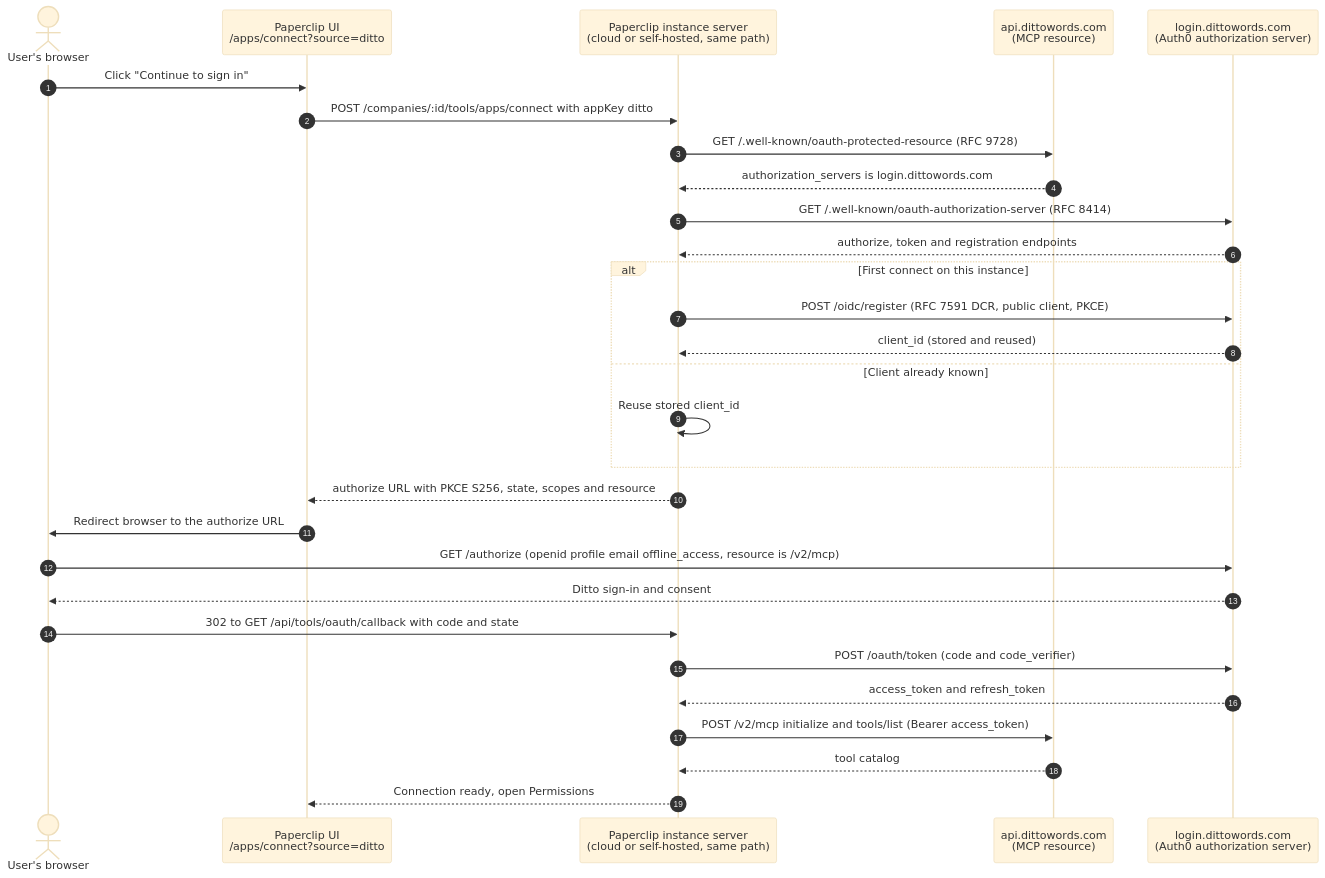
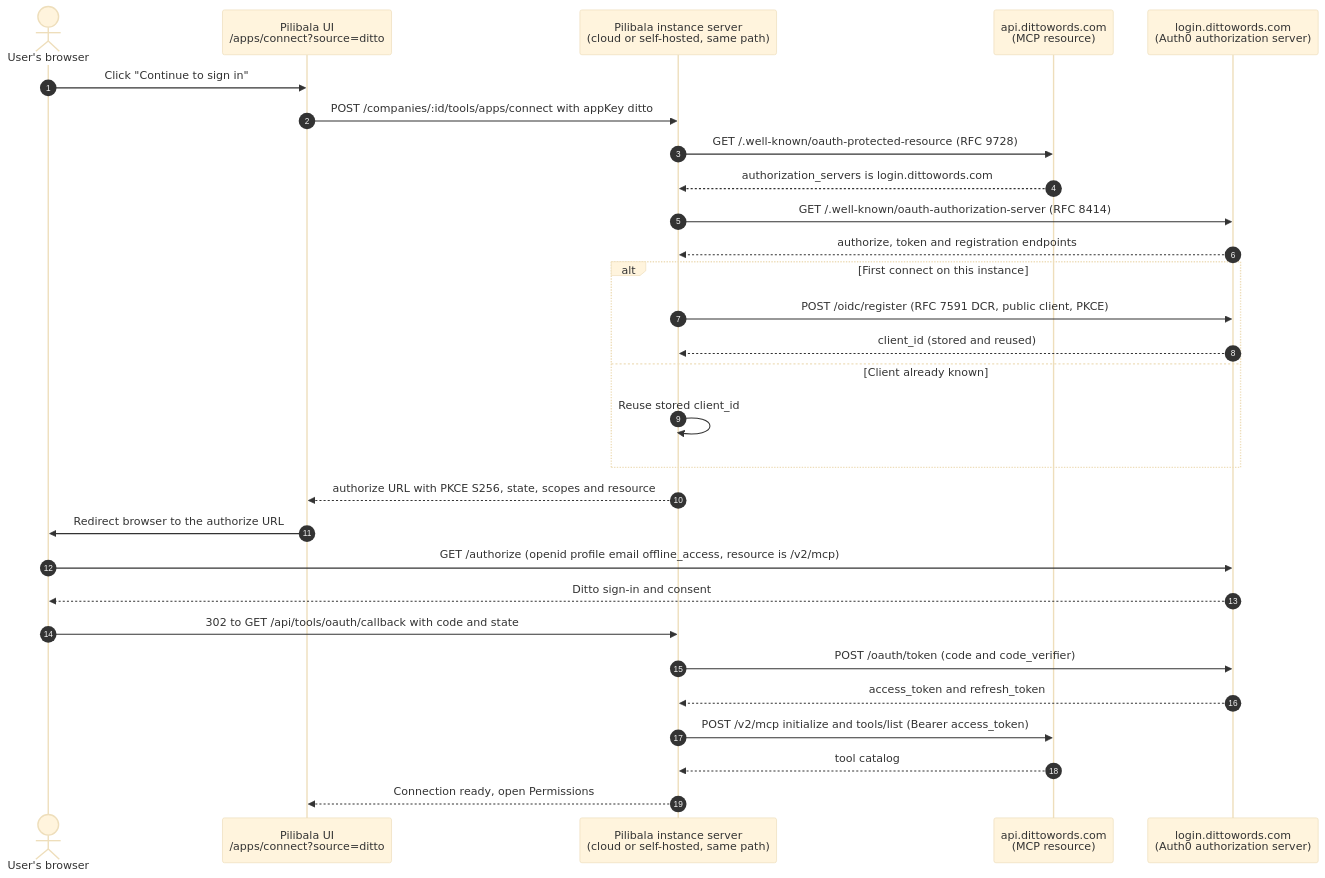
One commit to Nibilu/paperclip changed the diagram in doc/connections/DITTO.md. Above: the diagram before and after it, drawn with Mermaid (base theme). The commit also changed other lines of this file and 11568 other files, not shown here.

First line of the commit message:
chore(rebrand): replay deterministic paperclip->pilibala rebrand onto upstream merge

````diff
--- a/doc/connections/DITTO.md
+++ b/doc/connections/DITTO.md
@@ -58,32 +58,32 @@
 ```mermaid
 sequenceDiagram
     autonumber
     actor U as User's browser
-    participant UI as Paperclip UI<br/>/apps/connect?source=ditto
-    participant S as Paperclip instance server<br/>(cloud or self-hosted, same path)
+    participant UI as Pilibala UI<br/>/apps/connect?source=ditto
+    participant S as Pilibala instance server<br/>(cloud or self-hosted, same path)
     participant M as api.dittowords.com<br/>(MCP resource)
     participant A as login.dittowords.com<br/>(Auth0 authorization server)
 
     U->>UI: Click "Continue to sign in"
     UI->>S: POST /companies/:id/tools/apps/connect with appKey ditto
     S->>M: GET /.well-known/oauth-protected-resource (RFC 9728)
     M-->>S: authorization_servers is login.dittowords.com
     S->>A: GET /.well-known/oauth-authorization-server (RFC 8414)
     A-->>S: authorize, token and registration endpoints
     alt First connect on this instance
         S->>A: POST /oidc/register (RFC 7591 DCR, public client, PKCE)
         A-->>S: client_id (stored and reused)
     else Client already known
         S->>S: Reuse stored client_id
     end
     S-->>UI: authorize URL with PKCE S256, state, scopes and resource
     UI->>U: Redirect browser to the authorize URL
     U->>A: GET /authorize (openid profile email offline_access, resource is /v2/mcp)
     A-->>U: Ditto sign-in and consent
     U->>S: 302 to GET /api/tools/oauth/callback with code and state
     S->>A: POST /oauth/token (code and code_verifier)
     A-->>S: access_token and refresh_token
     S->>M: POST /v2/mcp initialize and tools/list (Bearer access_token)
     M-->>S: tool catalog
     S-->>UI: Connection ready, open Permissions
 ```
````
